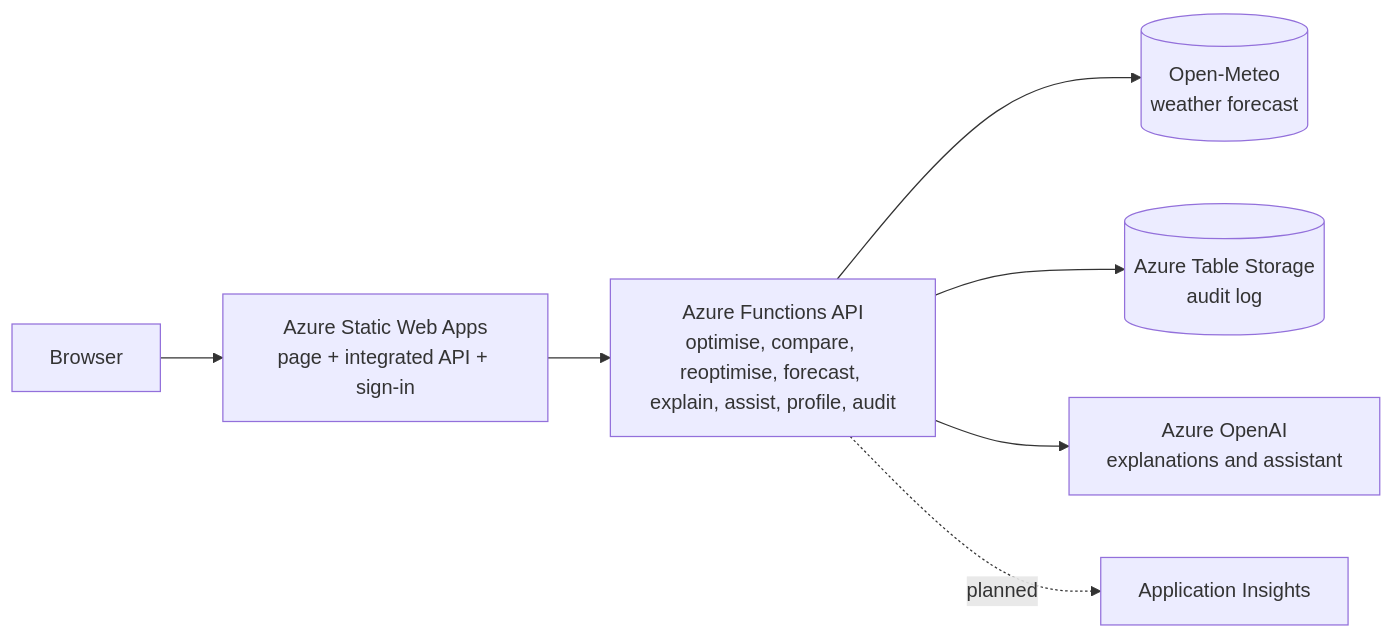
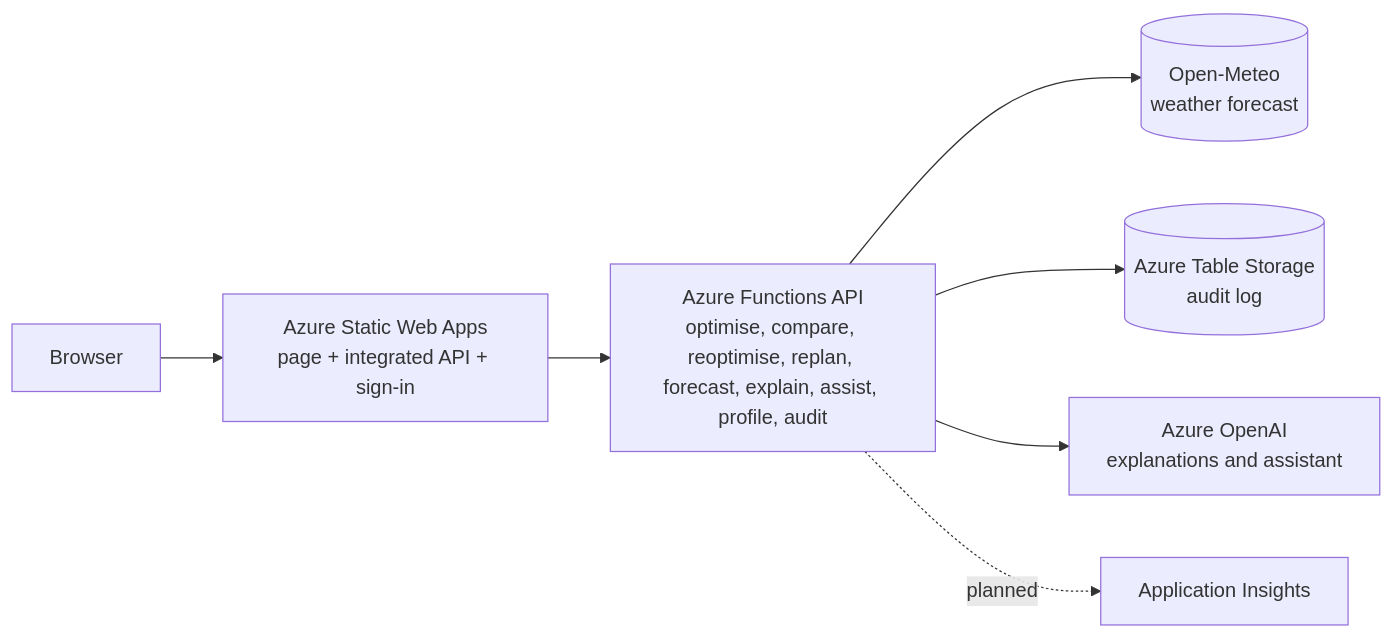
The diagram in README.md (Gohn905/AI4), drawn with Mermaid before and after one commit. The commit also changed other lines of this file, not shown here.

````diff
--- a/README.md
+++ b/README.md
@@ -19,9 +19,9 @@
 ```mermaid
 flowchart LR
   U[Browser] --> SWA[Azure Static Web Apps<br/>page + integrated API + sign-in]
-  SWA --> API[Azure Functions API<br/>optimise, compare, reoptimise, forecast, explain, assist, profile, audit]
+  SWA --> API[Azure Functions API<br/>optimise, compare, reoptimise, replan, forecast, explain, assist, profile, audit]
   API --> OM[(Open-Meteo<br/>weather forecast)]
   API --> TS[(Azure Table Storage<br/>audit log)]
   API --> AI[Azure OpenAI<br/>explanations and assistant]
   API -.planned.-> AIN[Application Insights]
 ```
````
